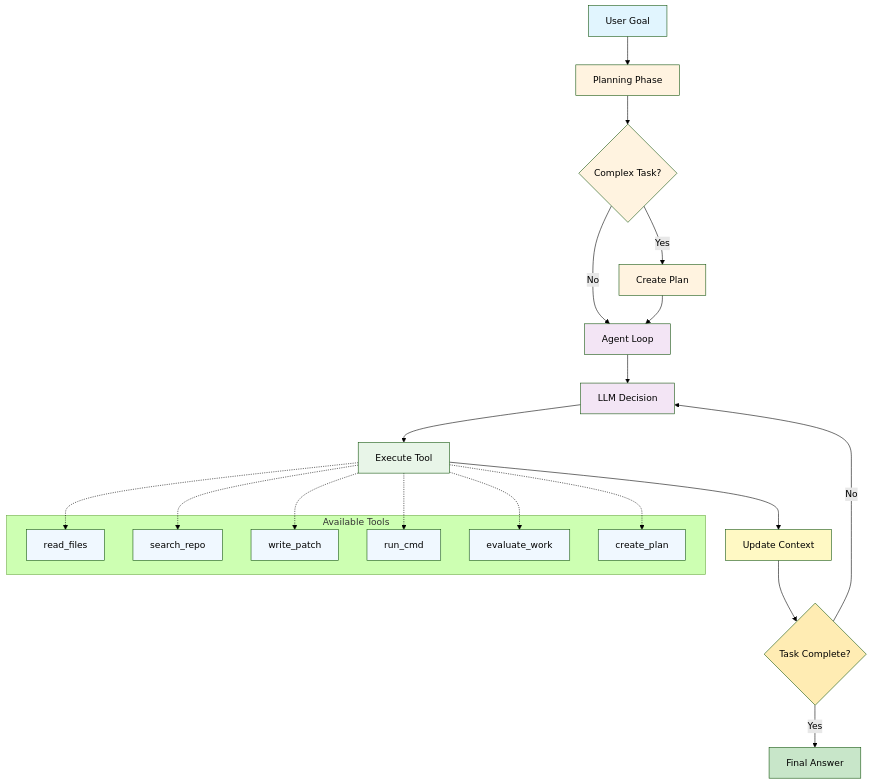
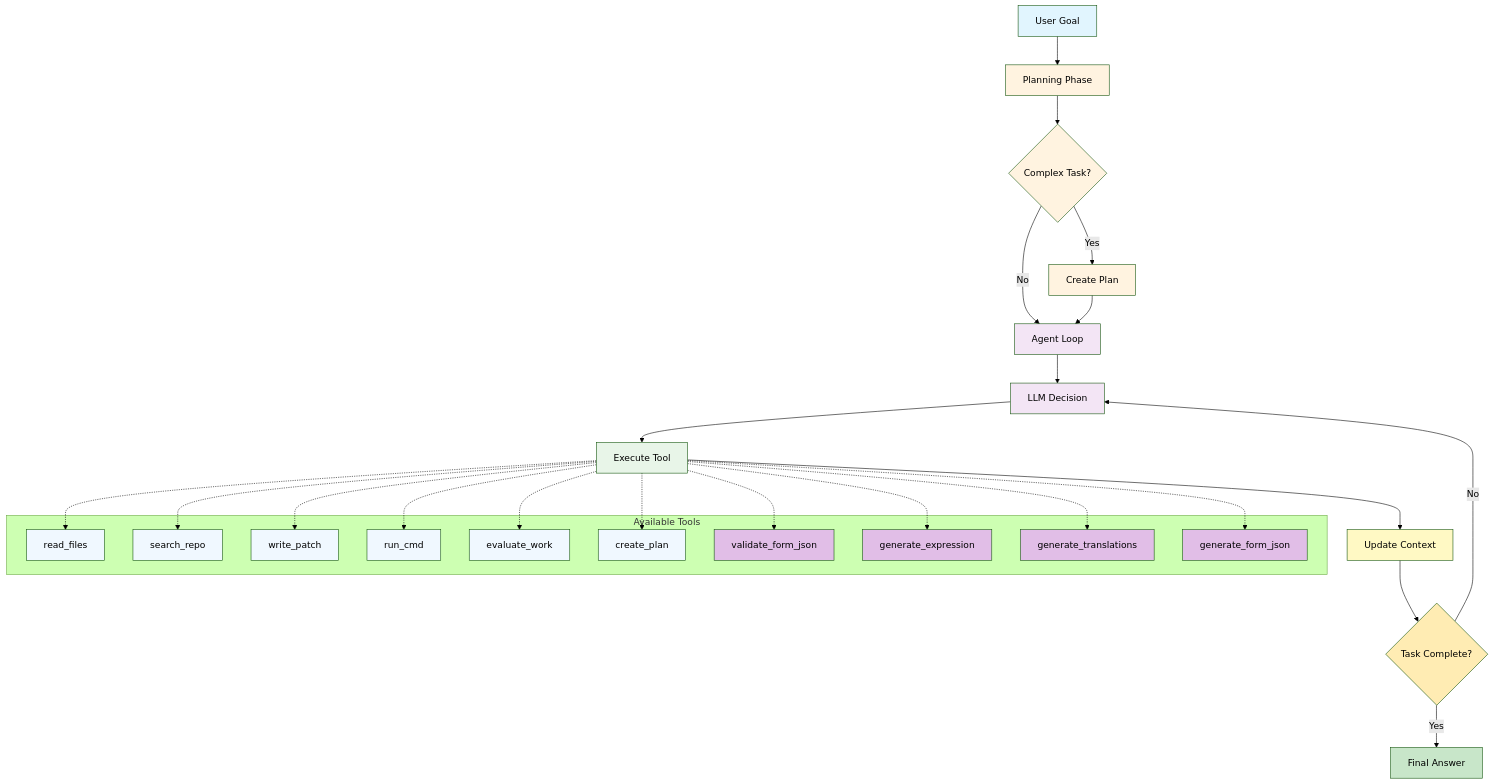
The first of 2 diagrams in readme.md (devhelpr/form-agent), drawn with Mermaid (forest theme) before and after one commit. The commit also changed other lines of this file, not shown here.

First line of the commit message:
Update README to include new form generation functionalities

````diff
--- a/readme.md
+++ b/readme.md
@@ -44,47 +48,59 @@
 ```mermaid
 flowchart TD
     A[User Goal] --> B[Planning Phase]
     B --> B1{Complex Task?}
     B1 -->|Yes| B2[Create Plan]
     B1 -->|No| C
     B2 --> C[Agent Loop]
     C --> D[LLM Decision]
     D --> E[Execute Tool]
     E --> F[Update Context]
     F --> G{Task Complete?}
     G -->|No| D
     G -->|Yes| H[Final Answer]
     
     subgraph "Available Tools"
         I[read_files]
         J[search_repo]
         K[write_patch]
         L[run_cmd]
         M[evaluate_work]
         N[create_plan]
+        O[validate_form_json]
+        P[generate_expression]
+        Q[generate_translations]
+        R[generate_form_json]
     end
     
     E -.-> I
     E -.-> J
     E -.-> K
     E -.-> L
     E -.-> M
     E -.-> N
+    E -.-> O
+    E -.-> P
+    E -.-> Q
+    E -.-> R
     
     style A fill:#e1f5fe
     style B fill:#fff3e0
     style B1 fill:#fff3e0
     style B2 fill:#fff3e0
     style C fill:#f3e5f5
     style D fill:#f3e5f5
     style E fill:#e8f5e8
     style F fill:#fff9c4
     style G fill:#ffecb3
     style H fill:#c8e6c9
     style I fill:#f0f8ff
     style J fill:#f0f8ff
     style K fill:#f0f8ff
     style L fill:#f0f8ff
     style M fill:#f0f8ff
     style N fill:#f0f8ff
+    style O fill:#e1bee7
+    style P fill:#e1bee7
+    style Q fill:#e1bee7
+    style R fill:#e1bee7
 ```
````
